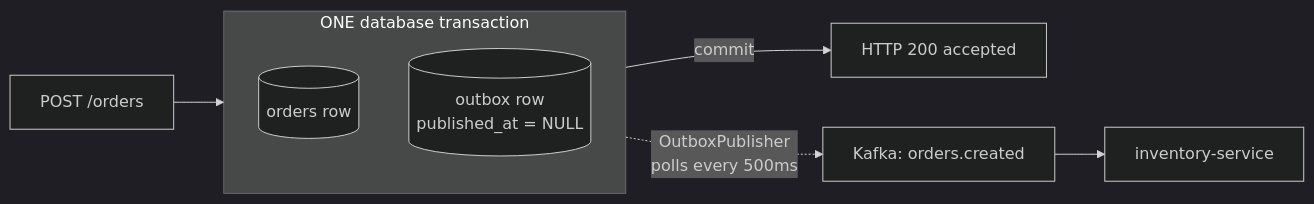
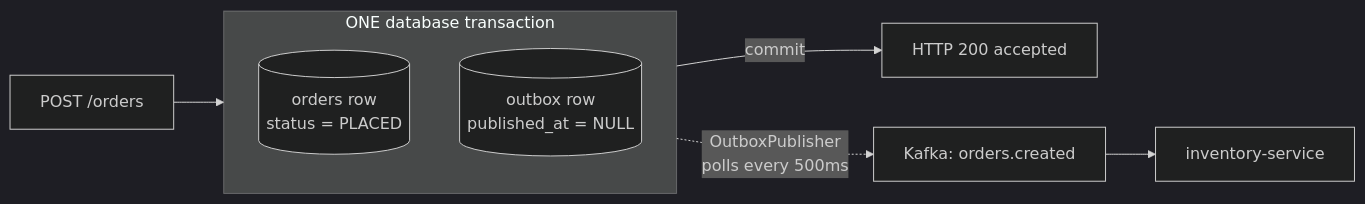
Before and after one commit to kpmirajkar/technical-growth: the first of 3 diagrams in notes/week-2-concepts.md, drawn with Mermaid (dark theme). The commit also changed other lines of this file and 1 other file, not shown here.

````diff
--- a/notes/week-2-concepts.md
+++ b/notes/week-2-concepts.md
@@ -30,11 +83,11 @@
 ```mermaid
 flowchart LR
     A["POST /orders"] --> TX
     subgraph TX["ONE database transaction"]
-        B[("orders row")]
+        B[("orders row<br/>status = PLACED")]
         C[("outbox row<br/>published_at = NULL")]
     end
     TX -->|commit| R["HTTP 200 accepted"]
     TX -.->|"OutboxPublisher<br/>polls every 500ms"| K["Kafka: orders.created"]
     K --> I["inventory-service"]
 ```
````
